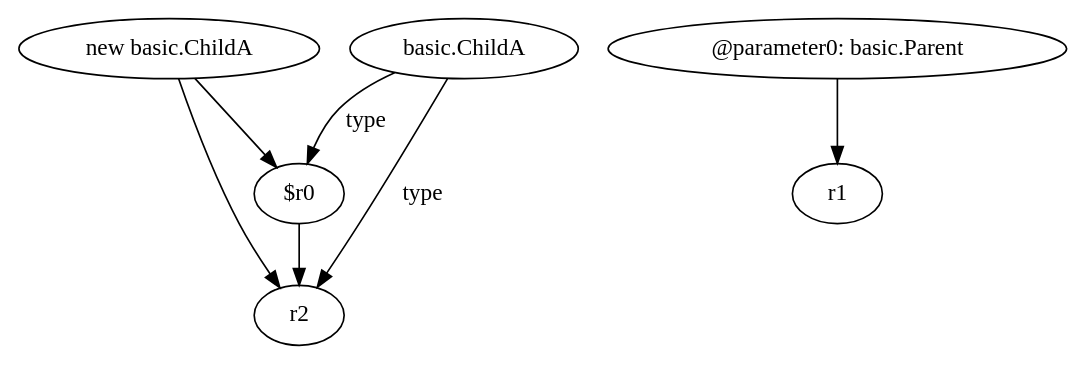
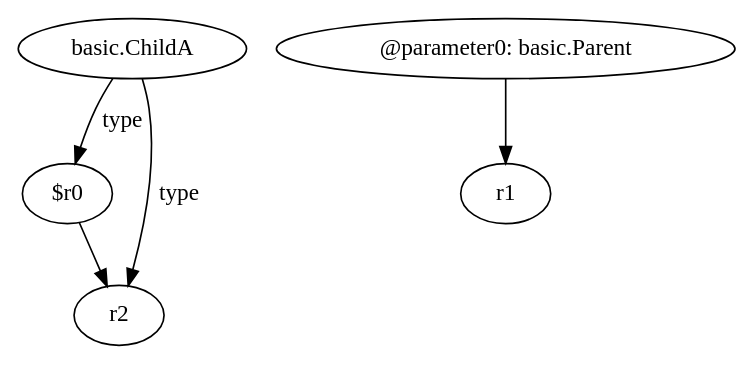
One commit to SeanCoek/zString changed the diagram in relation2/<callgraph.Hierarchy: void changeRef(basic.Parent)>.dot. Above: the diagram before and after it, drawn with Graphviz. The commit also changed 34 other files, not shown here.

Commit message:
update graph

```diff
--- a/relation2/<callgraph.Hierarchy: void changeRef(basic.Parent)>.dot
+++ b/relation2/<callgraph.Hierarchy: void changeRef(basic.Parent)>.dot
@@ -1,14 +1,11 @@
 digraph g {
-0[label="new basic.ChildA"]
+0[label="basic.ChildA"]
 1[label="$r0"]
-0->1[label=""]
-2[label="basic.ChildA"]
-2->1[label="type"]
-3[label="r2"]
-2->3[label="type"]
-1->3[label=""]
-4[label="@parameter0: basic.Parent"]
-5[label="r1"]
-4->5[label=""]
-0->3[label=""]
+0->1[label="type"]
+2[label="@parameter0: basic.Parent"]
+3[label="r1"]
+2->3[label=""]
+4[label="r2"]
+0->4[label="type"]
+1->4[label=""]
 }
```
